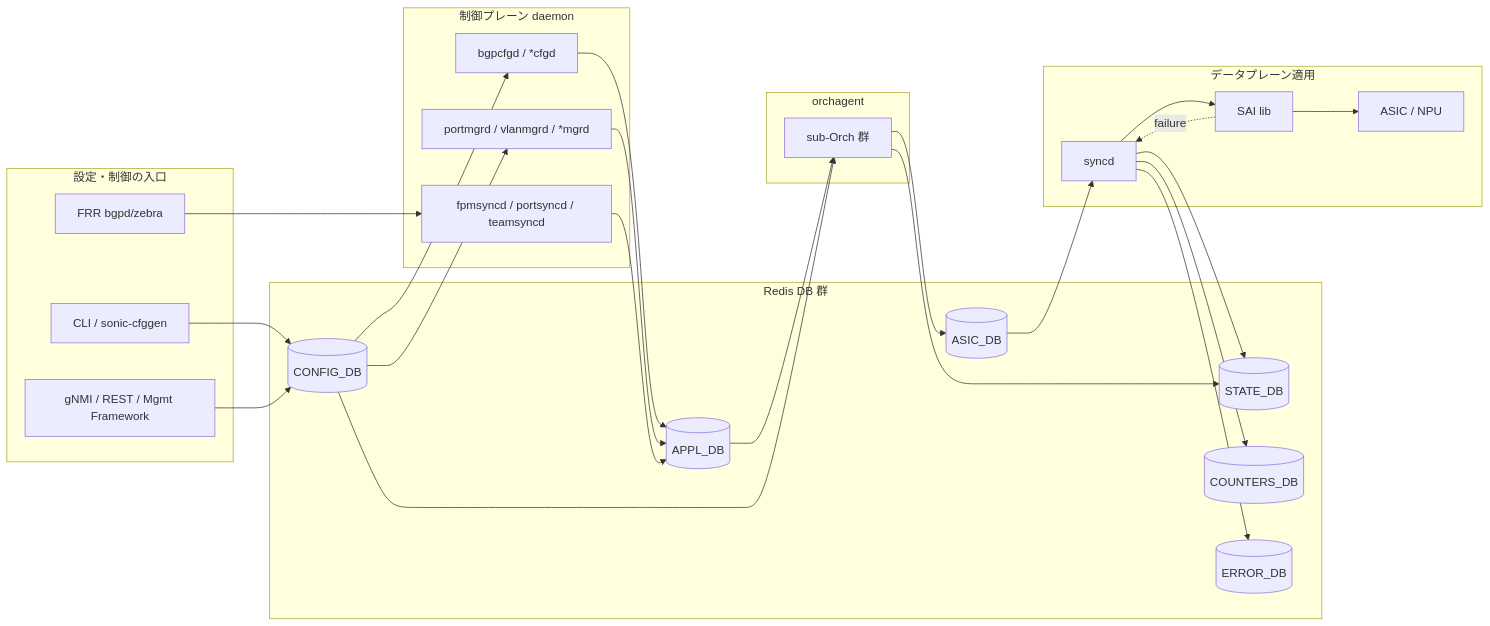
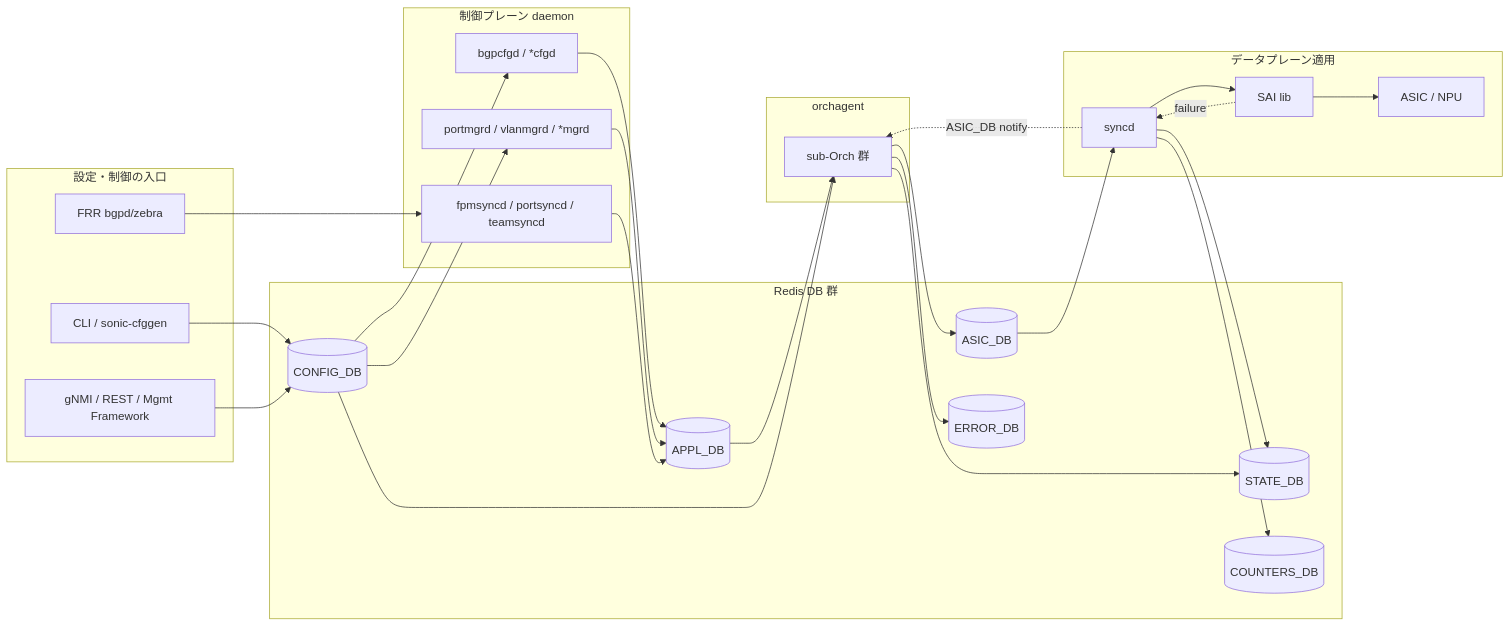
The diagram in docs/topics/20-swss-sai-redis/architecture.md (aoki-taquan/sonic-unofficial-docs), drawn with Mermaid before and after one commit. The commit also changed other lines of this file and 16 other files, not shown here.

````diff
--- a/docs/topics/20-swss-sai-redis/architecture.md
+++ b/docs/topics/20-swss-sai-redis/architecture.md
@@ -33,48 +33,48 @@
 ```mermaid
 flowchart LR
     subgraph IN[設定・制御の入口]
       CLI[CLI / sonic-cfggen]
       GNMI[gNMI / REST / Mgmt Framework]
       FRR[FRR bgpd/zebra]
     end
 
     subgraph CTL[制御プレーン daemon]
       CFGD[bgpcfgd / *cfgd]
       MGRD[portmgrd / vlanmgrd / *mgrd]
       SYNCAPP[fpmsyncd / portsyncd / teamsyncd]
     end
 
     subgraph REDIS[Redis DB 群]
       CDB[(CONFIG_DB)]
       APP[(APPL_DB)]
       STDB[(STATE_DB)]
       CTRDB[(COUNTERS_DB)]
       ASICDB[(ASIC_DB)]
       ERRDB[(ERROR_DB)]
     end
 
     subgraph ORC[orchagent]
       ORCH[sub-Orch 群]
     end
 
     subgraph DPL[データプレーン適用]
       SD[syncd]
       SAI[SAI lib]
       ASIC[ASIC / NPU]
     end
 
     CLI --> CDB
     GNMI --> CDB
     FRR --> SYNCAPP
     CDB --> CFGD --> APP
     CDB --> MGRD --> APP
     SYNCAPP --> APP
     APP --> ORCH
     CDB --> ORCH
     ORCH --> ASICDB
     ORCH --> STDB
     ASICDB --> SD --> SAI --> ASIC
-    SAI -.failure.-> SD --> ERRDB
+    SAI -.failure.-> SD -.ASIC_DB notify.-> ORCH --> ERRDB
     SD --> STDB
     SD --> CTRDB
 ```
````
